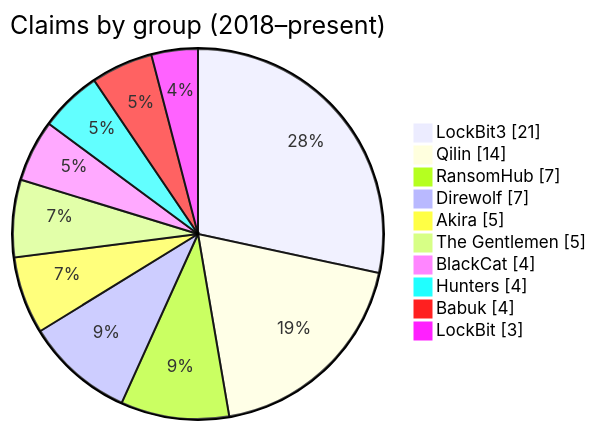
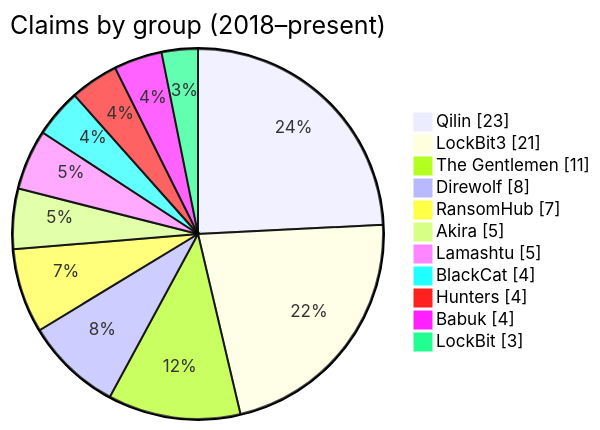
One commit to rectifyq/site changed the diagram in content/my-threat-landscape/index.md. Above: the diagram before and after it, drawn with Mermaid. The commit also changed other lines of this file and 8 other files, not shown here.

````diff
--- a/content/my-threat-landscape/index.md
+++ b/content/my-threat-landscape/index.md
@@ -12,13 +14,14 @@
 ```mermaid
 pie showData title Claims by group (2018–present)
+    "Qilin" : 23
     "LockBit3" : 21
-    "Qilin" : 14
+    "The Gentlemen" : 11
+    "Direwolf" : 8
     "RansomHub" : 7
-    "Direwolf" : 7
     "Akira" : 5
-    "The Gentlemen" : 5
+    "Lamashtu" : 5
     "BlackCat" : 4
     "Hunters" : 4
     "Babuk" : 4
     "LockBit" : 3
 ```
````
